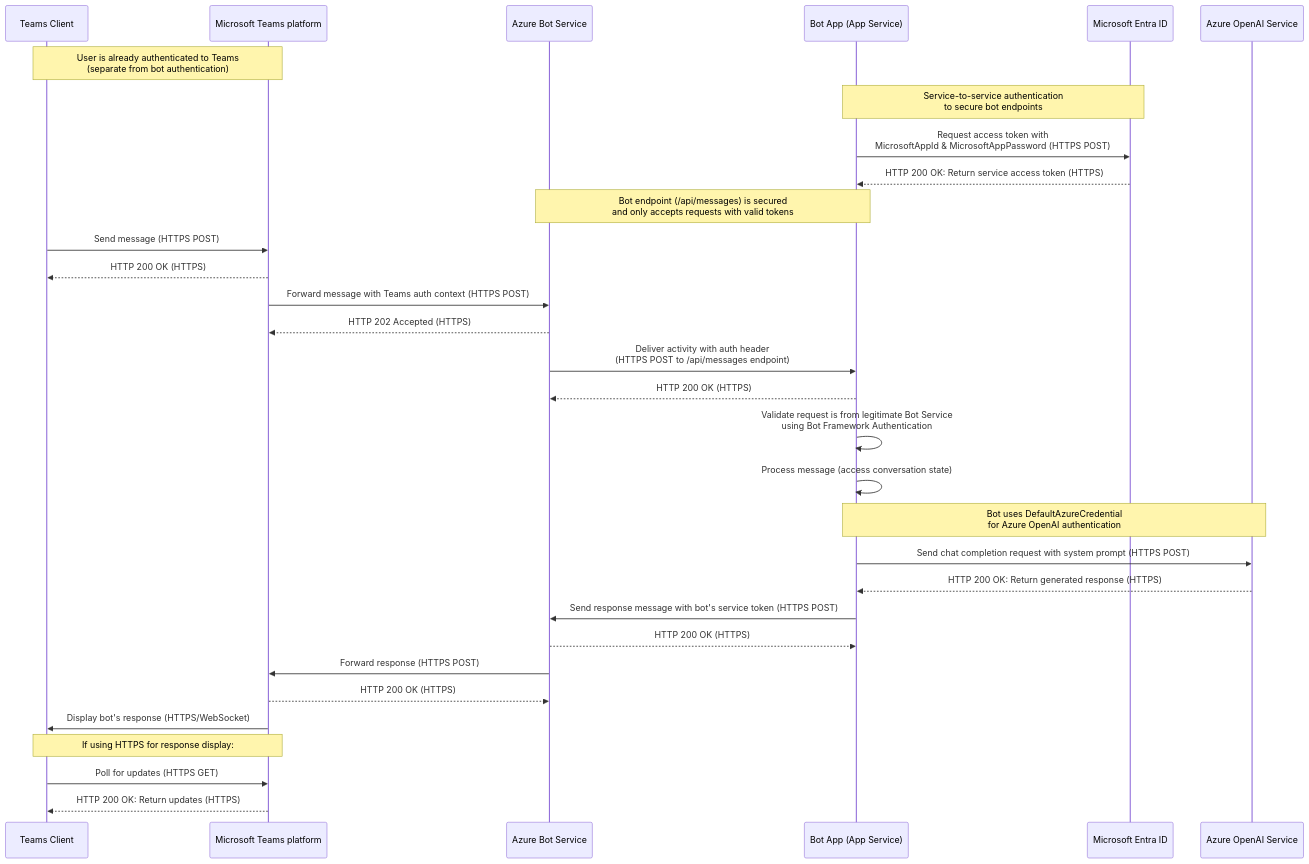
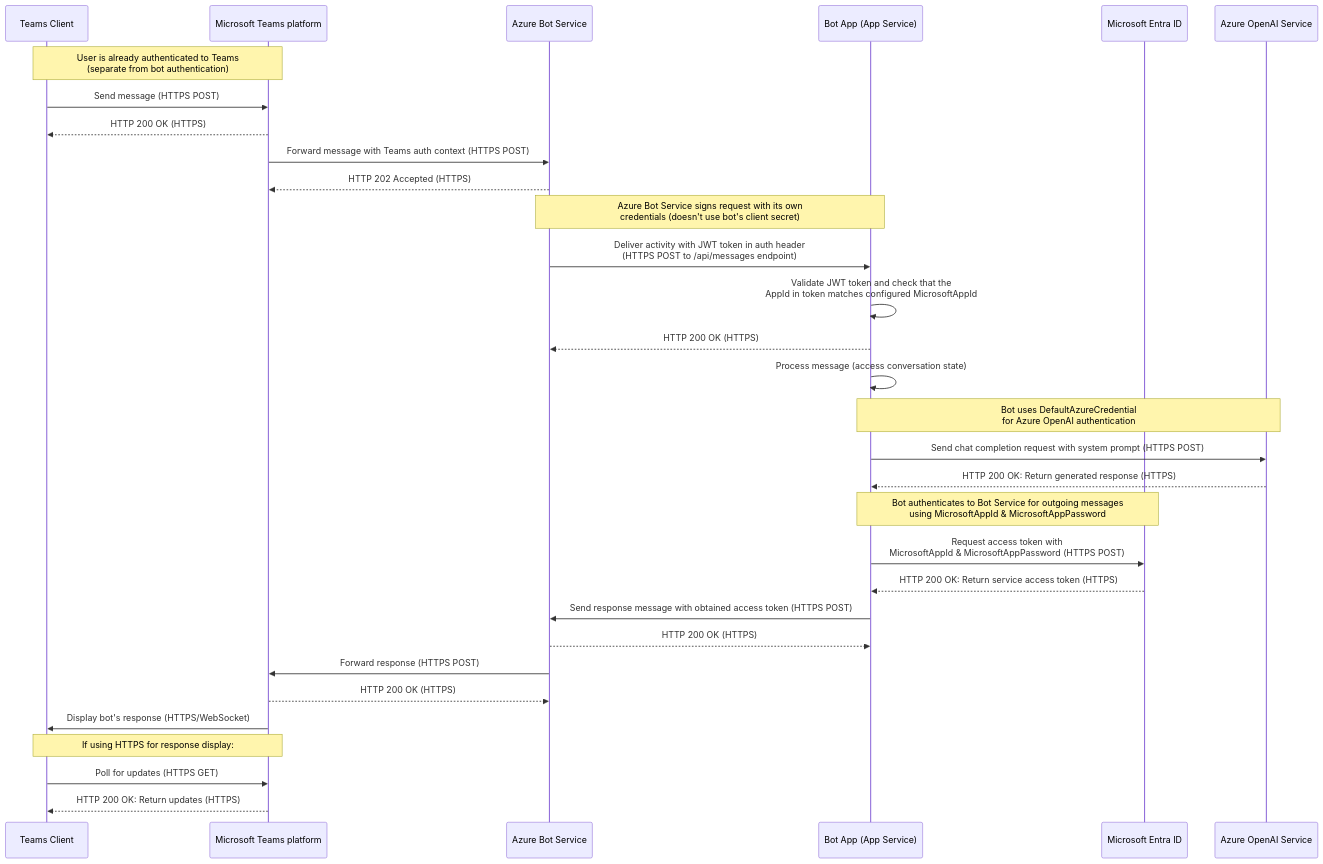
The diagram in docs/sequence-diagram.md (rukasakurai/SystemPromptSwitchingGPTBot), drawn with Mermaid before and after one commit. The commit also changed other lines of this file, not shown here.

Commit message:
10 sequence diagram is inaccurate (#12)

````diff
--- a/docs/sequence-diagram.md
+++ b/docs/sequence-diagram.md
@@ -5,48 +5,52 @@
 ```mermaid
 sequenceDiagram
     participant User as Teams Client
     participant TeamsService as Microsoft Teams platform
     participant BotService as Azure Bot Service
     participant Bot as Bot App (App Service)
     participant Entra as Microsoft Entra ID
     participant OpenAI as Azure OpenAI Service
 
     %% User is already authenticated to Teams (happens before bot interaction)
     Note over User,TeamsService: User is already authenticated to Teams<br/>(separate from bot authentication)
 
-    %% Service-to-service authentication for securing API endpoints
-    Note over Bot,Entra: Service-to-service authentication<br/>to secure bot endpoints
-    Bot->>Entra: Request access token with<br/>MicrosoftAppId & MicrosoftAppPassword (HTTPS POST)
-    Entra-->>Bot: HTTP 200 OK: Return service access token (HTTPS)
-    Note over BotService,Bot: Bot endpoint (/api/messages) is secured<br/>and only accepts requests with valid tokens
-
     %% Initial message flow
     User->>TeamsService: Send message (HTTPS POST)
     TeamsService-->>User: HTTP 200 OK (HTTPS)
     TeamsService->>BotService: Forward message with Teams auth context (HTTPS POST)
     BotService-->>TeamsService: HTTP 202 Accepted (HTTPS)
-    BotService->>Bot: Deliver activity with auth header<br/>(HTTPS POST to /api/messages endpoint)
+
+    %% BotService to Bot authentication (incoming to bot)
+    Note over BotService,Bot: Azure Bot Service signs request with its own<br/>credentials (doesn't use bot's client secret)
+    BotService->>Bot: Deliver activity with JWT token in auth header<br/>(HTTPS POST to /api/messages endpoint)
+
+    %% Bot validates incoming requests using AppId
+    Bot->>Bot: Validate JWT token and check that the<br/>AppId in token matches configured MicrosoftAppId
+
     Bot-->>BotService: HTTP 200 OK (HTTPS)
-
-    %% Bot validates incoming requests
-    Bot->>Bot: Validate request is from legitimate Bot Service<br/>using Bot Framework Authentication
 
     %% Main message processing flow
     Bot->>Bot: Process message (access conversation state)
 
     %% Azure OpenAI interaction
     Note over Bot,OpenAI: Bot uses DefaultAzureCredential<br/>for Azure OpenAI authentication
     Bot->>OpenAI: Send chat completion request with system prompt (HTTPS POST)
     OpenAI-->>Bot: HTTP 200 OK: Return generated response (HTTPS)
 
-    Bot->>BotService: Send response message with bot's service token (HTTPS POST)
+    %% Bot to BotService authentication (outgoing from bot)
+    Note over Bot,Entra: Bot authenticates to Bot Service for outgoing messages<br/>using MicrosoftAppId & MicrosoftAppPassword
+    Bot->>Entra: Request access token with<br/>MicrosoftAppId & MicrosoftAppPassword (HTTPS POST)
+    Entra-->>Bot: HTTP 200 OK: Return service access token (HTTPS)
+
+    %% Bot sends response back to Teams through Bot Service
+    Bot->>BotService: Send response message with obtained access token (HTTPS POST)
     BotService-->>Bot: HTTP 200 OK (HTTPS)
     BotService->>TeamsService: Forward response (HTTPS POST)
     TeamsService-->>BotService: HTTP 200 OK (HTTPS)
     TeamsService->>User: Display bot's response (HTTPS/WebSocket)
 
     %% If using HTTPS for response display
     Note over TeamsService,User: If using HTTPS for response display:
     User->>TeamsService: Poll for updates (HTTPS GET)
     TeamsService-->>User: HTTP 200 OK: Return updates (HTTPS)
 ```
````
